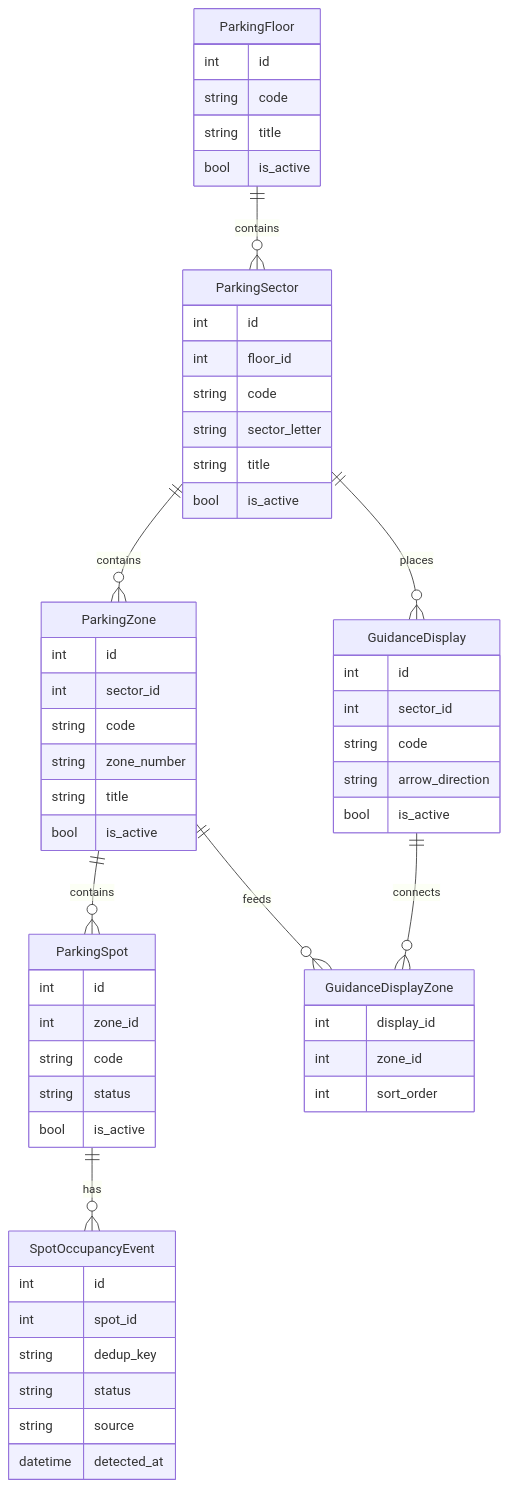
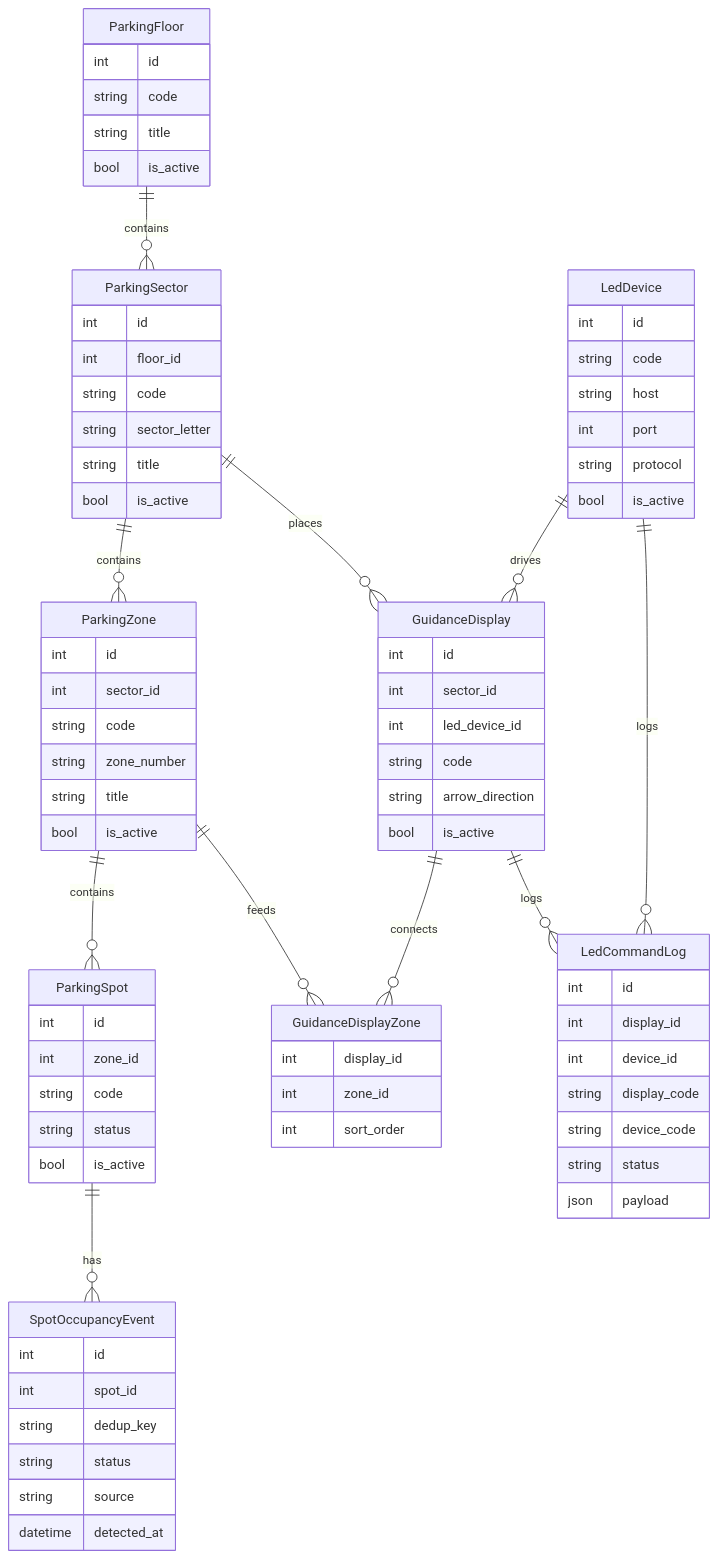
Before and after one commit to marlenovtilek/pgs: the third of 5 diagrams in README.md, drawn with Mermaid. The commit also changed other lines of this file and 30 other files, not shown here.

First line of the commit message:
Add LED device config, HTTP adapter and fake LED server

```diff
--- a/README.md
+++ b/README.md
@@ -88,8 +90,11 @@
     ParkingSector ||--o{ ParkingZone : contains
     ParkingZone ||--o{ ParkingSpot : contains
     ParkingSector ||--o{ GuidanceDisplay : places
+    LedDevice ||--o{ GuidanceDisplay : drives
     GuidanceDisplay ||--o{ GuidanceDisplayZone : connects
     ParkingZone ||--o{ GuidanceDisplayZone : feeds
+    GuidanceDisplay ||--o{ LedCommandLog : logs
+    LedDevice ||--o{ LedCommandLog : logs
     ParkingSpot ||--o{ SpotOccupancyEvent : has
 
     ParkingFloor {
@@ -128,9 +133,29 @@
     GuidanceDisplay {
         int id
         int sector_id
+        int led_device_id
         string code
         string arrow_direction
         bool is_active
+    }
+
+    LedDevice {
+        int id
+        string code
+        string host
+        int port
+        string protocol
+        bool is_active
+    }
+
+    LedCommandLog {
+        int id
+        int display_id
+        int device_id
+        string display_code
+        string device_code
+        string status
+        json payload
     }
 
     GuidanceDisplayZone {
```
